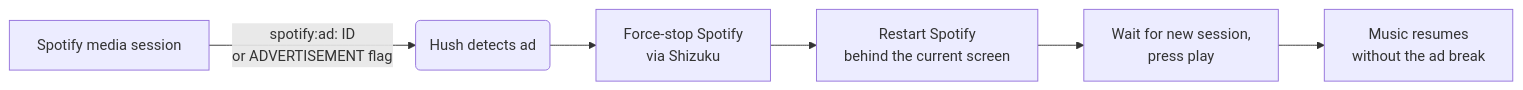
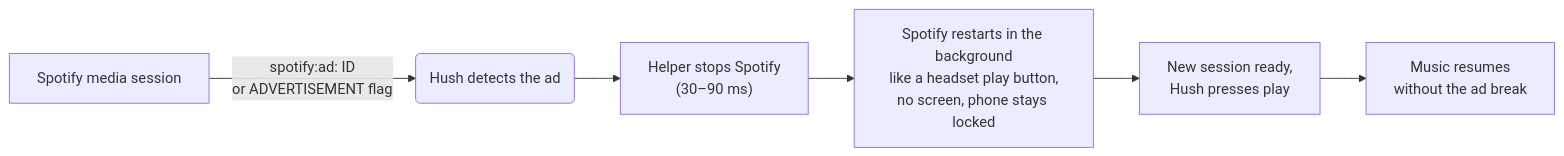
One commit to coldMEW/Hush changed the second of 3 diagrams in README.md. Above: the diagram before and after it, drawn with Mermaid. The commit also changed other lines of this file and 49 other files, not shown here.

First line of the commit message:
Hush 2.0: skip ads with Hush alone, no Shizuku needed (2.0.0)

````diff
--- a/README.md
+++ b/README.md
@@ -53,8 +70,8 @@
 ```mermaid
 flowchart LR
-    A[Spotify media session] -->|spotify:ad: ID<br/>or ADVERTISEMENT flag| B(Hush detects ad)
-    B --> C[Force-stop Spotify<br/>via Shizuku]
-    C --> D[Restart Spotify<br/>behind the current screen]
-    D --> E[Wait for new session,<br/>press play]
-    E --> F[Music resumes<br/>without the ad break]
+    A["Spotify media session"] -->|"spotify:ad: ID<br/>or ADVERTISEMENT flag"| B("Hush detects the ad")
+    B --> C["Helper stops Spotify<br/>(30–90 ms)"]
+    C --> D["Spotify restarts in the background<br/>like a headset play button,<br/>no screen, phone stays locked"]
+    D --> E["New session ready,<br/>Hush presses play"]
+    E --> F["Music resumes<br/>without the ad break"]
 ```
````
